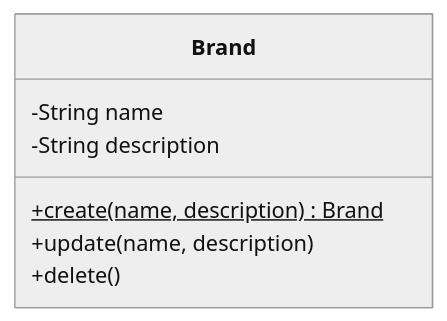
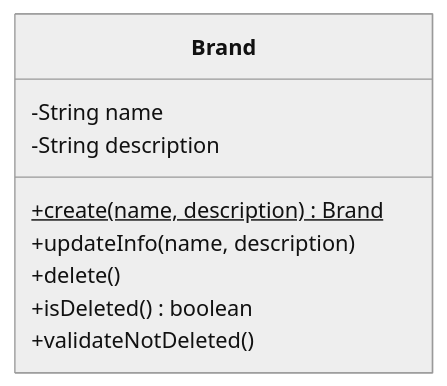
One commit to Loopers-dev-lab/loop-pack-be-l2-vol3-java changed the diagram in docs/design/brand/class-diagram.md. Above: the diagram before and after it, drawn with Mermaid (neutral theme). The commit also changed 6 other files, not shown here.

````diff
--- a/docs/design/brand/class-diagram.md
+++ b/docs/design/brand/class-diagram.md
@@ -8,10 +8,12 @@
 ```mermaid
 classDiagram
     class Brand {
         -String name
         -String description
         +create(name, description)$ Brand
-        +update(name, description)
+        +updateInfo(name, description)
         +delete()
+        +isDeleted() boolean
+        +validateNotDeleted()
     }
 ```
````
